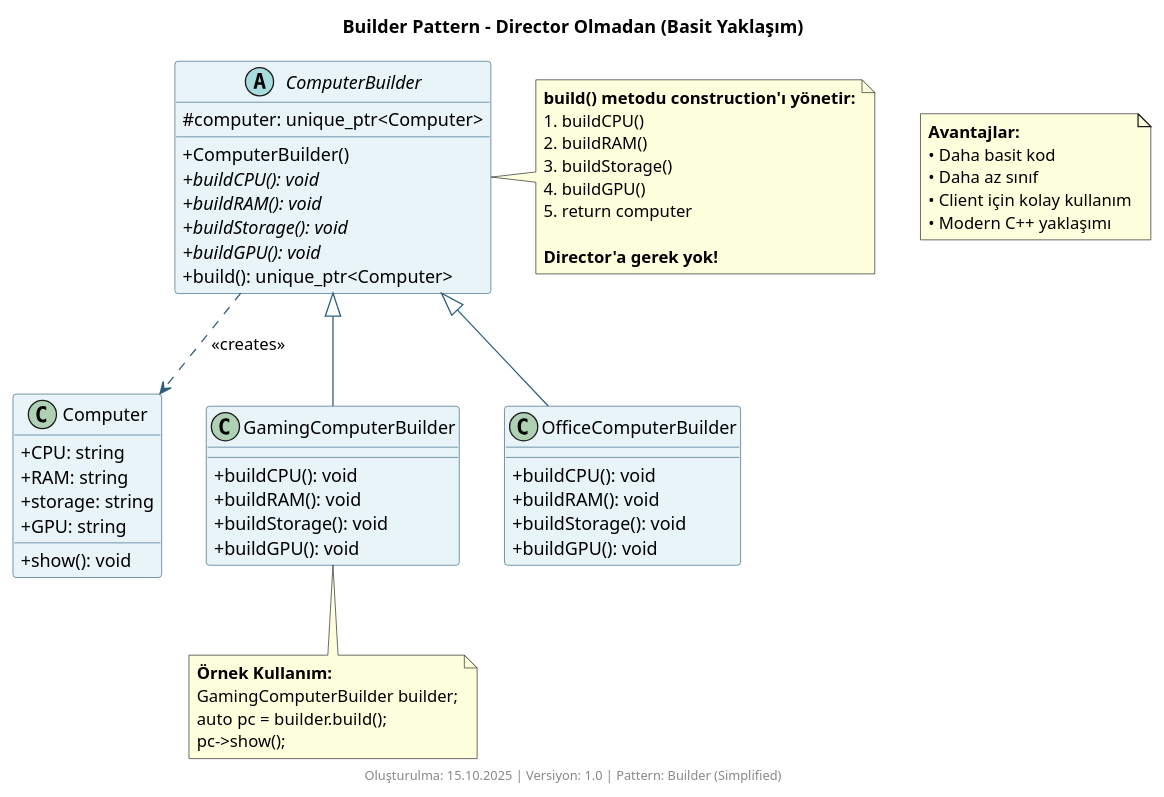
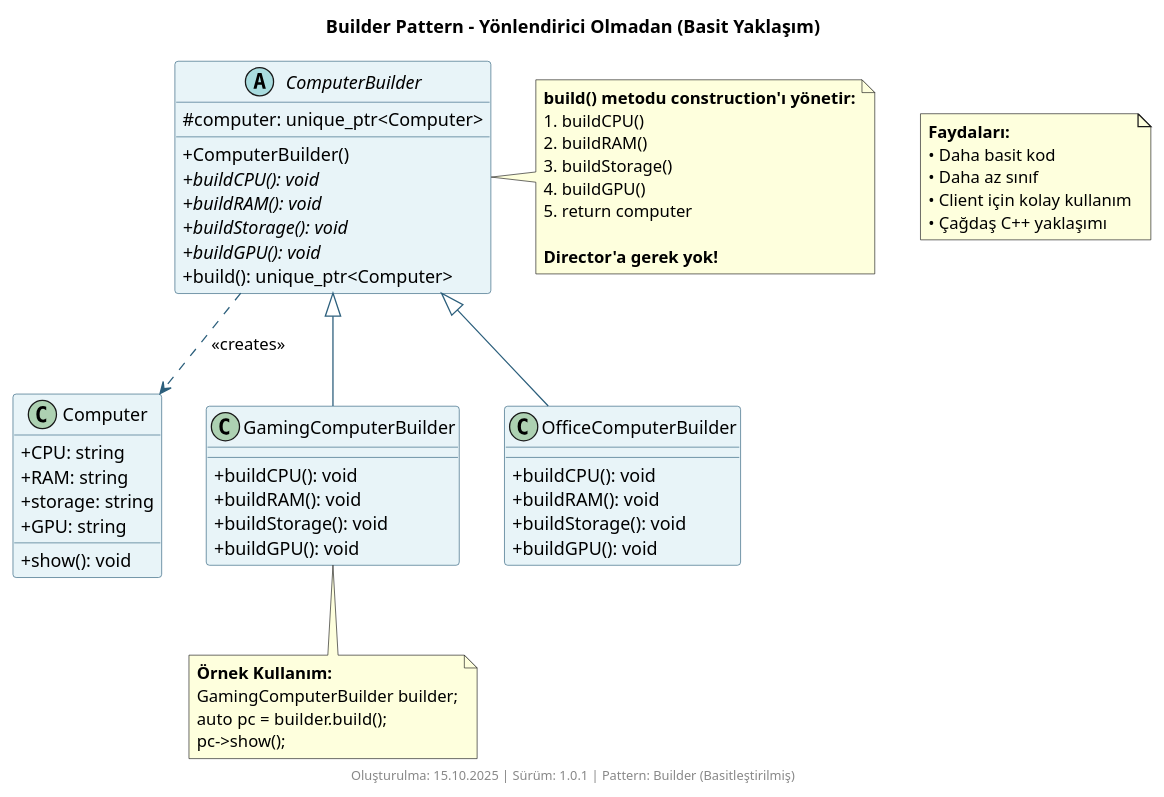
Before and after one commit to kaayra2000/tasarim_kaliplari: the diagram in creational/builder/basic_computer/diagram.puml, drawn with PlantUML. The commit also changed 3 other files, not shown here.

```diff
--- a/creational/builder/basic_computer/diagram.puml
+++ b/creational/builder/basic_computer/diagram.puml
@@ -1,90 +1,90 @@
 @startuml builder-without-director
 /'
  * @file builder-without-director.puml
- * @brief Builder Pattern - Director olmadan basit yaklaşım
+ * @brief Builder Pattern - Yönlendirici olmadan basit yaklaşım
  * @author AI Assistant
  * @date 15.10.2025
  * @version 1.0
  * 
- * @description Bu diyagram Builder pattern'in Director sınıfı olmadan
+ * @description Bu diyagram Builder pattern'in Yönlendirici sınıfı olmadan
  *              nasıl kullanılabileceğini gösterir. Builder'ın kendisi
- *              construction sürecini yönetir.
+ *              oluşturma sürecini yönetir.
  '/
 
-title Builder Pattern - Director Olmadan (Basit Yaklaşım)
+title Builder Pattern - Yönlendirici Olmadan (Basit Yaklaşım)
 
 skinparam classAttributeIconSize 0
 skinparam backgroundColor #FFFFFF
 skinparam shadowing false
 
 skinparam class {
     BackgroundColor #E8F4F8
     BorderColor #2C5F7C
     ArrowColor #2C5F7C
 }
 
 ' Product sınıfı
 class Computer {
     +CPU: string
     +RAM: string
     +storage: string
     +GPU: string
     __
     +show(): void
 }
 
 ' Abstract Builder
 abstract class ComputerBuilder {
     #computer: unique_ptr<Computer>
     __
     +ComputerBuilder()
     +{abstract} buildCPU(): void
     +{abstract} buildRAM(): void
     +{abstract} buildStorage(): void
     +{abstract} buildGPU(): void
     +build(): unique_ptr<Computer>
 }
 
 ' Concrete Builders
 class GamingComputerBuilder {
     +buildCPU(): void
     +buildRAM(): void
     +buildStorage(): void
     +buildGPU(): void
 }
 
 class OfficeComputerBuilder {
     +buildCPU(): void
     +buildRAM(): void
     +buildStorage(): void
     +buildGPU(): void
 }
 
 ' İlişkiler
 ComputerBuilder ..> Computer : <<creates>>
 ComputerBuilder <|-- GamingComputerBuilder
 ComputerBuilder <|-- OfficeComputerBuilder
 
 note right of ComputerBuilder
   **build() metodu construction'ı yönetir:**
   1. buildCPU()
   2. buildRAM()
   3. buildStorage()
   4. buildGPU()
   5. return computer
   
   **Director'a gerek yok!**
 end note
 
 note bottom of GamingComputerBuilder
   **Örnek Kullanım:**
   GamingComputerBuilder builder;
   auto pc = builder.build();
   pc->show();
 end note
 
-note "**Avantajlar:**\n• Daha basit kod\n• Daha az sınıf\n• Client için kolay kullanım\n• Modern C++ yaklaşımı" as N1
+note "**Faydaları:**\n• Daha basit kod\n• Daha az sınıf\n• Client için kolay kullanım\n• Çağdaş C++ yaklaşımı" as N1
 
-footer Oluşturulma: 15.10.2025 | Versiyon: 1.0 | Pattern: Builder (Simplified)
+footer Oluşturulma: 15.10.2025 | Sürüm: 1.0.1 | Pattern: Builder (Basitleştirilmiş)
 
 @enduml
```
